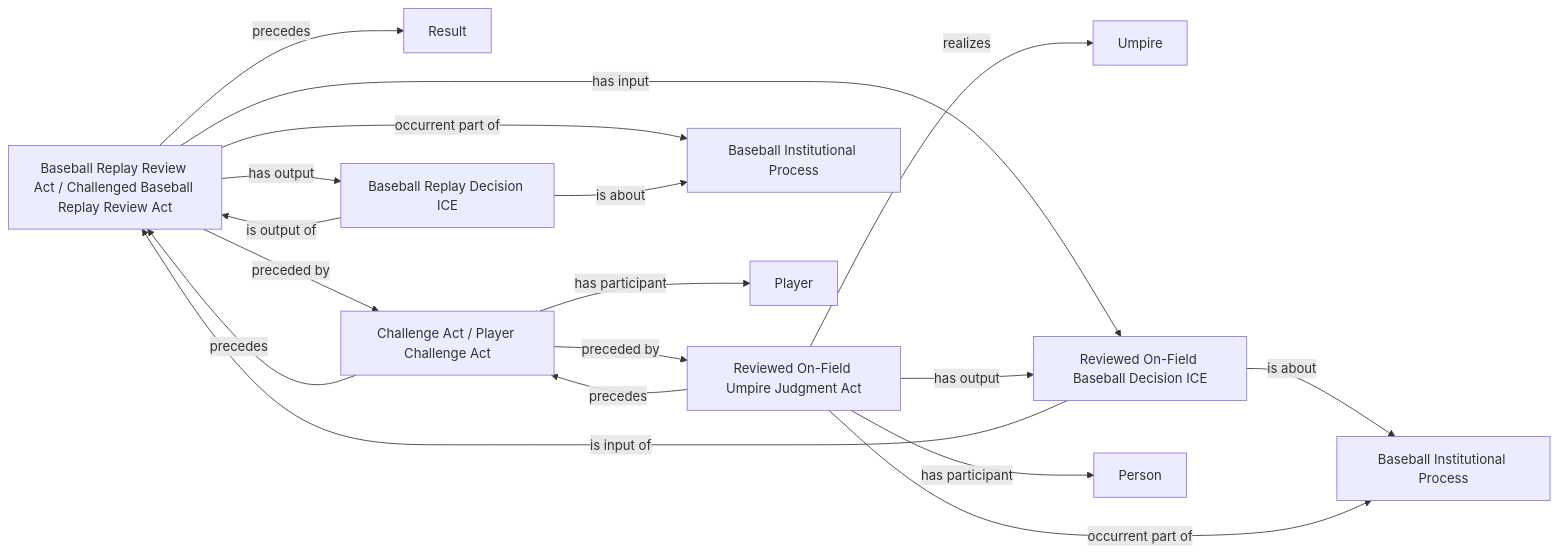
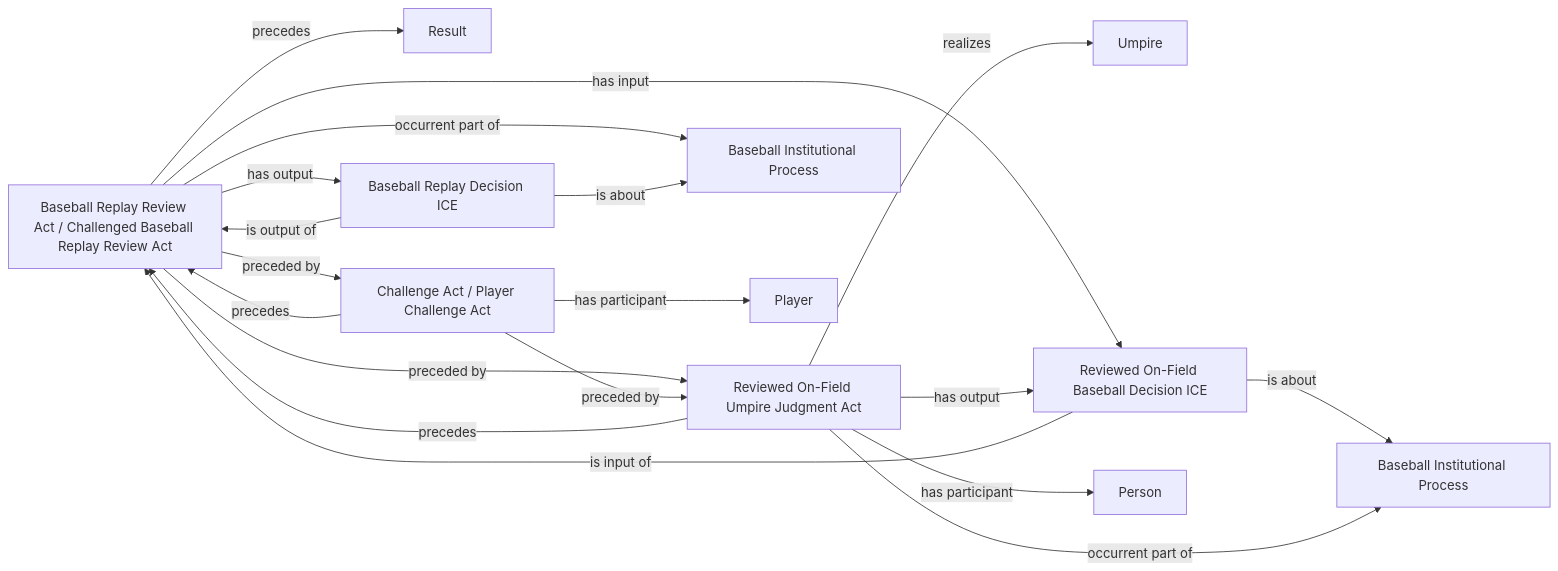
One commit to CarterBeauBenson/BaseballO changed the diagram in Baseball/mermaid/patterns/ontology/46-replay-review.md. Above: the diagram before and after it, drawn with Mermaid. The commit also changed other lines of this file and 461 other files, not shown here.

````diff
--- a/Baseball/mermaid/patterns/ontology/46-replay-review.md
+++ b/Baseball/mermaid/patterns/ontology/46-replay-review.md
@@ -10,31 +10,32 @@
 ```mermaid
 flowchart LR
     N01["Umpire"]
     N02["Result"]
     N03["Baseball Replay Review Act / Challenged Baseball Replay Review Act"]
     N04["Challenge Act / Player Challenge Act"]
     N05["Reviewed On-Field Baseball Decision ICE"]
     N06["Baseball Replay Decision ICE"]
     N07["Reviewed On-Field Umpire Judgment Act"]
     N08["Baseball Institutional Process"]
     N09["Baseball Institutional Process"]
     N10["Person"]
     N11["Player"]
     N03 -->|has input| N05
     N03 -->|has output| N06
     N03 -->|occurrent part of| N09
     N03 -->|preceded by| N04
+    N03 -->|preceded by| N07
     N03 -->|precedes| N02
     N04 -->|has participant| N11
     N04 -->|preceded by| N07
     N04 -->|precedes| N03
     N05 -->|is about| N08
     N05 -->|is input of| N03
     N06 -->|is about| N09
     N06 -->|is output of| N03
     N07 -->|has output| N05
     N07 -->|has participant| N10
     N07 -->|occurrent part of| N08
-    N07 -->|precedes| N04
+    N07 -->|precedes| N03
     N07 -->|realizes| N01
 ```
````
